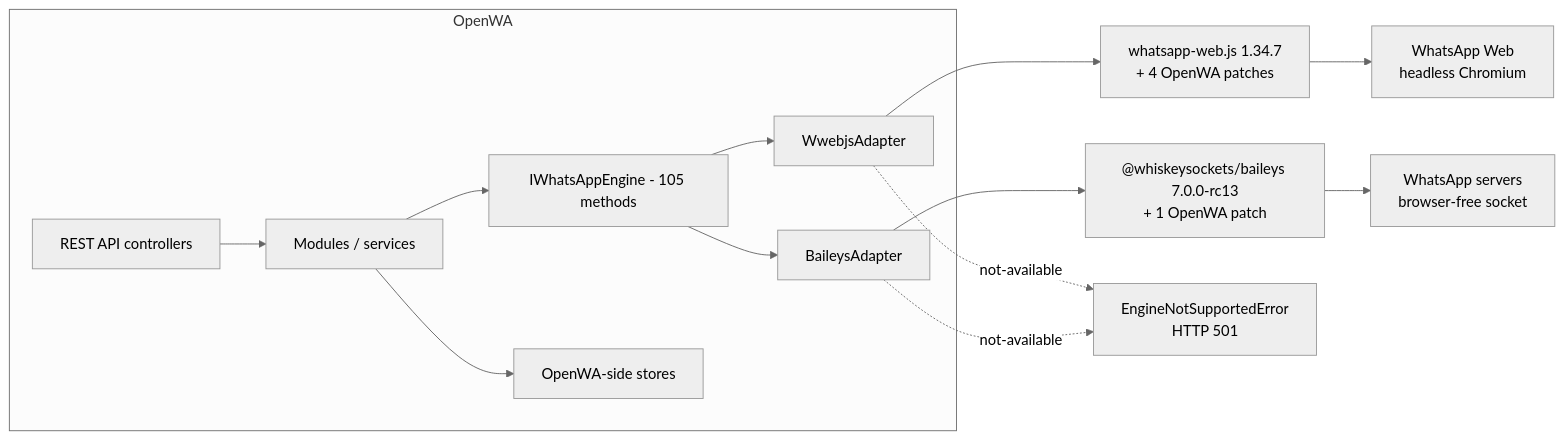
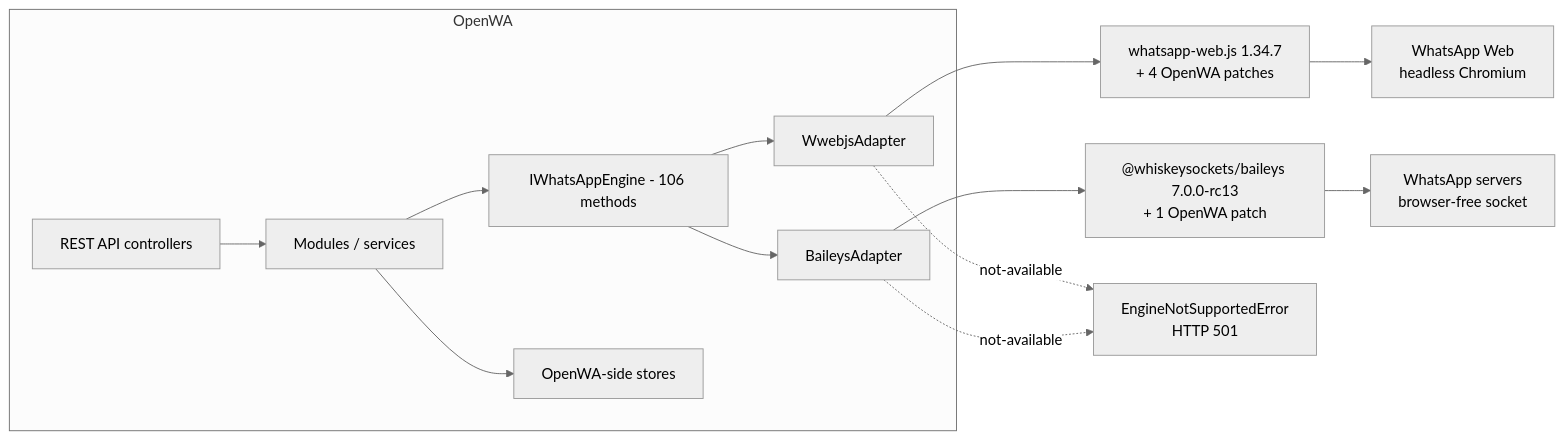
The first of 2 diagrams in docs/29-engine-capability-matrix.md (nourayman21k/OpenWA), drawn with Mermaid (neutral theme) before and after one commit. The commit also changed other lines of this file and 16 other files, not shown here.

````diff
--- a/docs/29-engine-capability-matrix.md
+++ b/docs/29-engine-capability-matrix.md
@@ -42,16 +42,16 @@
 ```mermaid
 flowchart LR
     subgraph OpenWA["OpenWA"]
         API["REST API controllers"] --> SVC["Modules / services"]
-        SVC --> IF["IWhatsAppEngine - 105 methods"]
+        SVC --> IF["IWhatsAppEngine - 106 methods"]
         IF --> WA["WwebjsAdapter"]
         IF --> BA["BaileysAdapter"]
         SVC --> STORE["OpenWA-side stores"]
     end
     WA --> WLIB["whatsapp-web.js 1.34.7<br/>+ 4 OpenWA patches"]
     BA --> BLIB["@whiskeysockets/baileys 7.0.0-rc13<br/>+ 1 OpenWA patch"]
     WLIB --> WEB["WhatsApp Web<br/>headless Chromium"]
     BLIB --> WAS["WhatsApp servers<br/>browser-free socket"]
     WA -.->|"not-available"| E["EngineNotSupportedError<br/>HTTP 501"]
     BA -.->|"not-available"| E
 ```
````
